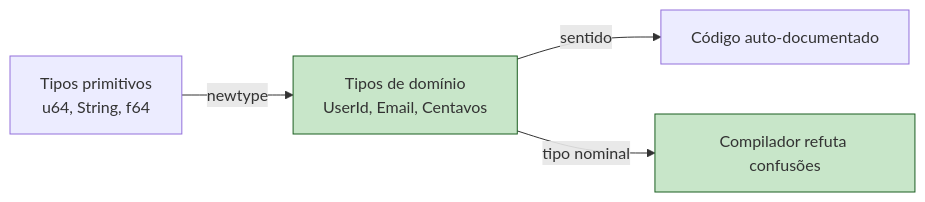
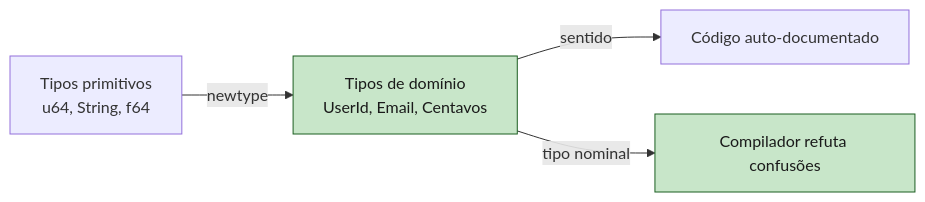
One commit to Felipeness/ferro-e-espirito changed the third of 3 diagrams in book/part-05-composite-types/ch14-structs.md. Above: the diagram before and after it, drawn with Mermaid. The commit also changed other lines of this file and 56 other files, not shown here.

First line of the commit message:
fix: contraste de texto em diagramas mermaid

````diff
--- a/book/part-05-composite-types/ch14-structs.md
+++ b/book/part-05-composite-types/ch14-structs.md
@@ -362,12 +362,12 @@
 ```mermaid
 graph LR
     Primitive["Tipos primitivos<br/>u64, String, f64"]
     Domain["Tipos de domínio<br/>UserId, Email, Centavos"]
 
     Primitive -->|"newtype"| Domain
     Domain -->|"sentido"| Código["Código auto-documentado"]
     Domain -->|"tipo nominal"| Compilador["Compilador refuta confusões"]
 
-    style Domain fill:#c8e6c9,stroke:#1b5e20
-    style Compilador fill:#c8e6c9,stroke:#1b5e20
+    style Domain fill:#c8e6c9,stroke:#1b5e20,color:#1a1a1a
+    style Compilador fill:#c8e6c9,stroke:#1b5e20,color:#1a1a1a
 ```
````
